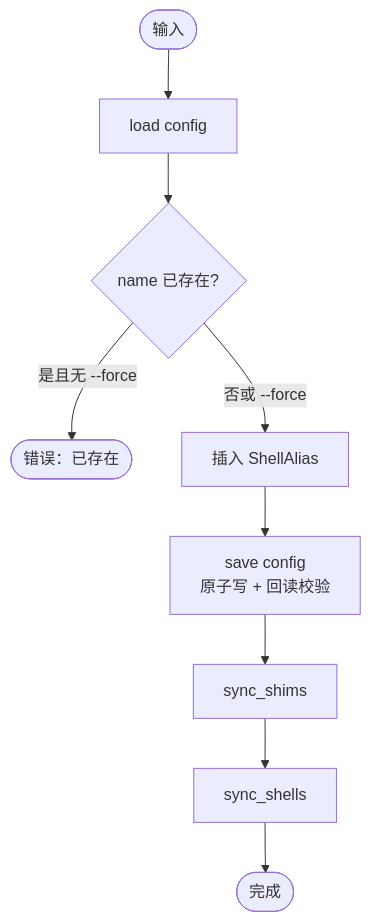
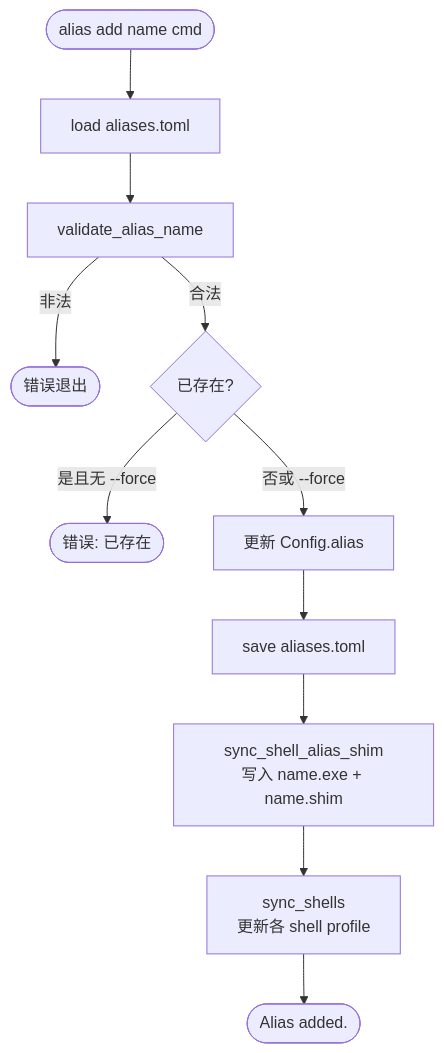
One commit to jinghu-moon/XunYu changed the third of 5 diagrams in docs/module/02-alias.md. Above: the diagram before and after it, drawn with Mermaid. The commit also changed other lines of this file and 6 other files, not shown here.

First line of the commit message:
perf(alias): same_file_index 优化 + shim sync 增量改进

````diff
--- a/docs/module/02-alias.md
+++ b/docs/module/02-alias.md
@@ -192,11 +202,13 @@
 ```mermaid
 flowchart TD
-    A([输入]) --> B[load config]
-    B --> C{name 已存在?}
-    C --> |是且无 --force| D([错误：已存在])
-    C --> |否或 --force| E[插入 ShellAlias]
-    E --> F[save config\n原子写 + 回读校验]
-    F --> G[sync_shims]
-    G --> H[sync_shells]
-    H --> I([完成])
+    A([alias add name cmd]) --> B[load aliases.toml]
+    B --> C[validate_alias_name]
+    C --> |非法| Z1([错误退出])
+    C --> |合法| D{已存在?}
+    D --> |是且无 --force| Z2([错误: 已存在])
+    D --> |否或 --force| E[更新 Config.alias]
+    E --> F[save aliases.toml]
+    F --> G[sync_shell_alias_shim\n写入 name.exe + name.shim]
+    G --> H[sync_shells\n更新各 shell profile]
+    H --> I([Alias added.])
 ```
````
